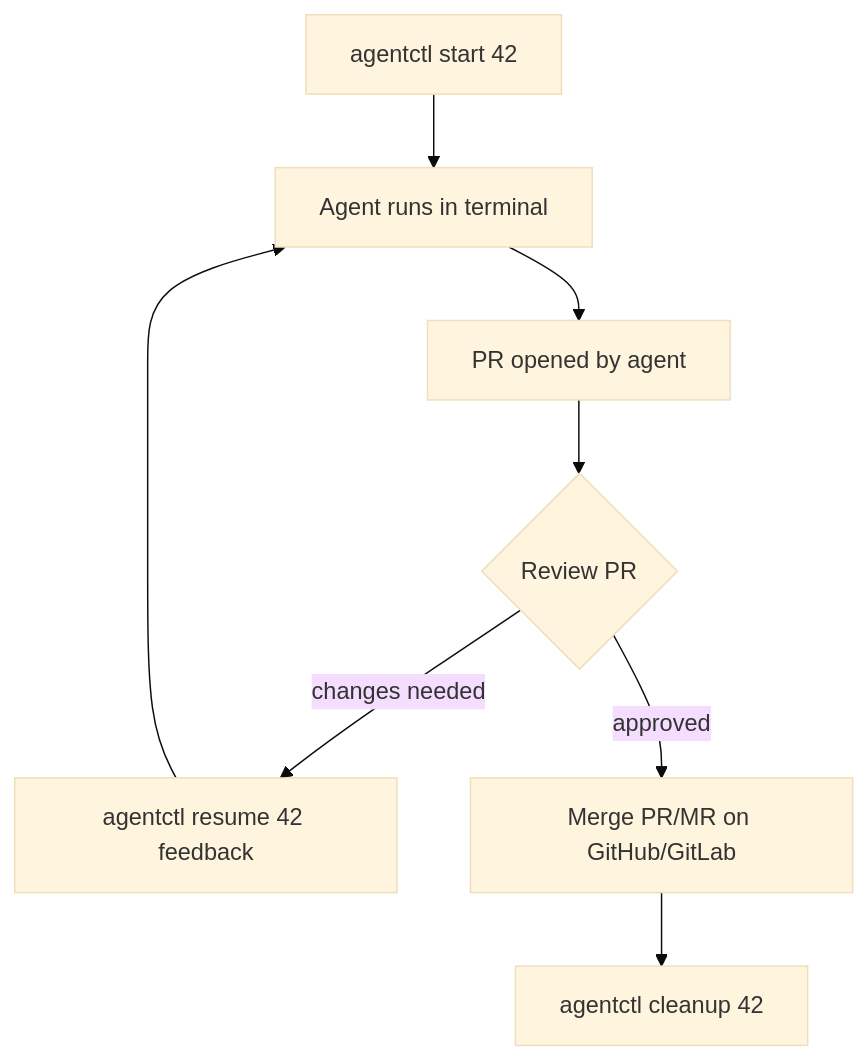
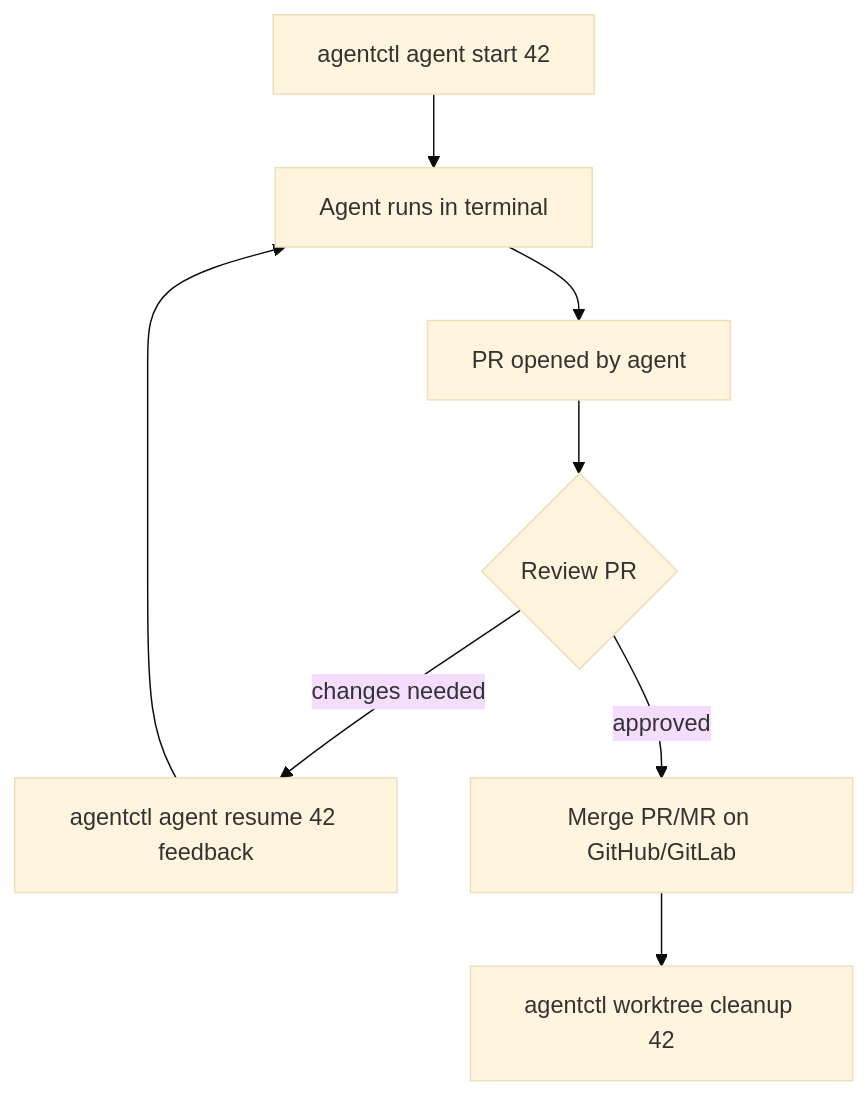
One commit to arun-gupta/agentctl changed the first of 4 diagrams in docs/cli.md. Above: the diagram before and after it, drawn with Mermaid (base theme). The commit also changed other lines of this file and 4 other files, not shown here.

````diff
--- a/docs/cli.md
+++ b/docs/cli.md
@@ -48,10 +47,10 @@
 ```mermaid
 flowchart TD
-    A[agentctl start 42] --> B[Agent runs in terminal]
+    A[agentctl agent start 42] --> B[Agent runs in terminal]
     B --> C[PR opened by agent]
     C --> D{Review PR}
-    D -- changes needed --> E[agentctl resume 42 feedback]
+    D -- changes needed --> E[agentctl agent resume 42 feedback]
     E --> B
     D -- approved --> F[Merge PR/MR on GitHub/GitLab]
-    F --> G[agentctl cleanup 42]
+    F --> G[agentctl worktree cleanup 42]
 ```
````
